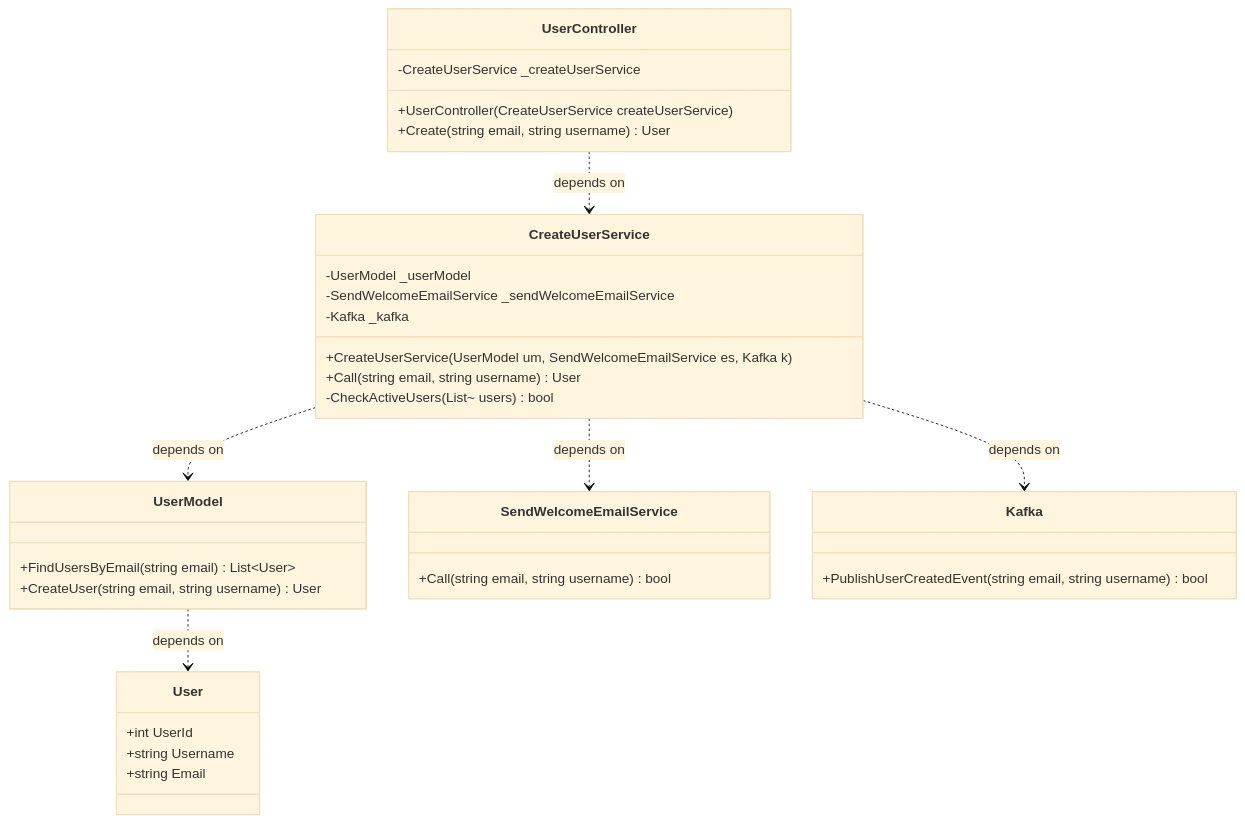
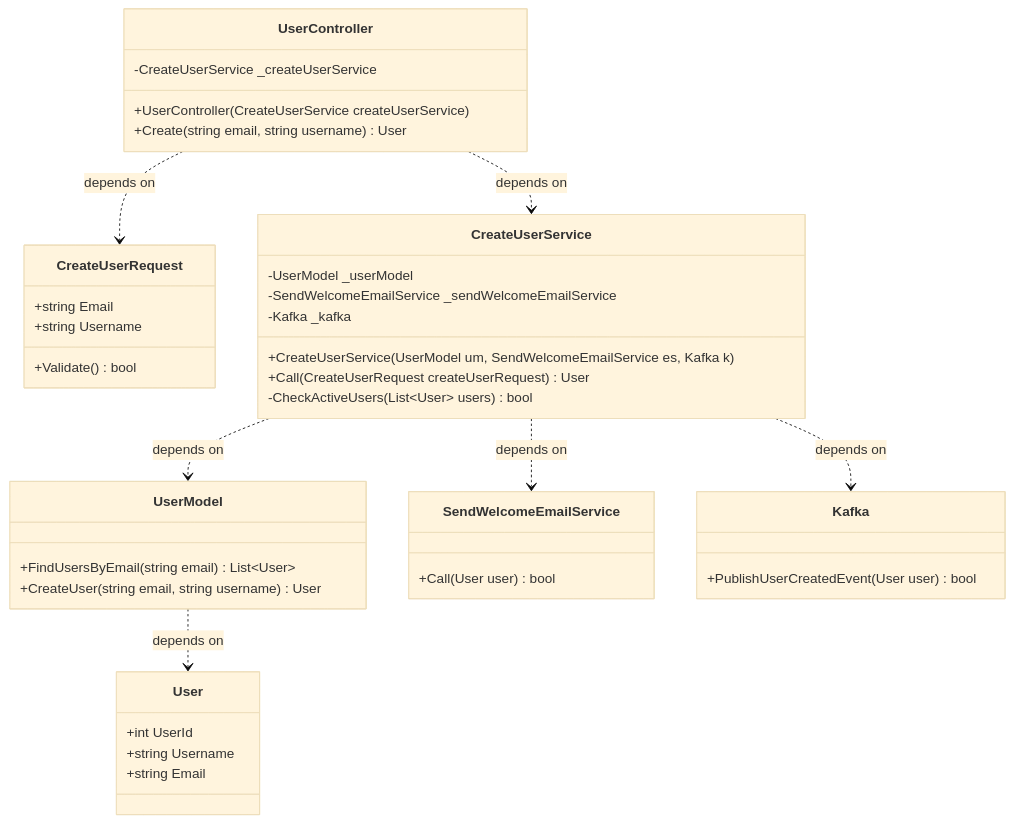
Before and after one commit to cristian658/mermaid-diagram: the diagram in StreamyClassDiagram.mmd, drawn with Mermaid (base theme).

Commit message:
Class Diagram Design and Refactors App 2

```diff
--- a/StreamyClassDiagram.mmd
+++ b/StreamyClassDiagram.mmd
@@ -1,42 +1,49 @@
 classDiagram
   class UserController {
     -CreateUserService _createUserService
     +UserController(CreateUserService createUserService)
     +Create(string email, string username) User
 
   }
 
+  class CreateUserRequest {
+    +string Email
+    +string Username
+
+    +Validate() bool
+  }  
+
   class CreateUserService {
     -UserModel _userModel
     -SendWelcomeEmailService _sendWelcomeEmailService
     -Kafka _kafka
     +CreateUserService(UserModel um, SendWelcomeEmailService es, Kafka k)
-    +Call(string email, string username) User
-    -CheckActiveUsers(List~ users) bool
+    +Call(CreateUserRequest createUserRequest) User
+    -CheckActiveUsers(List~User~ users) bool
   }
 
   class UserModel {
     +FindUsersByEmail(string email) List~User~
     +CreateUser(string email, string username) User
   }
   
   class User {
     +int UserId
     +string Username
     +string Email
   }
 
   class SendWelcomeEmailService {
-    +Call(string email, string username) bool
+    +Call(User user) bool
   }
 
   class Kafka {
-    +PublishUserCreatedEvent(string email, string username) bool
+    +PublishUserCreatedEvent(User user) bool
   }
 
-
+  UserController ..> CreateUserRequest: depends on
   UserController ..> CreateUserService: depends on
   CreateUserService ..> UserModel: depends on
   UserModel ..> User: depends on
   CreateUserService ..> SendWelcomeEmailService: depends on
   CreateUserService ..> Kafka: depends on
```
